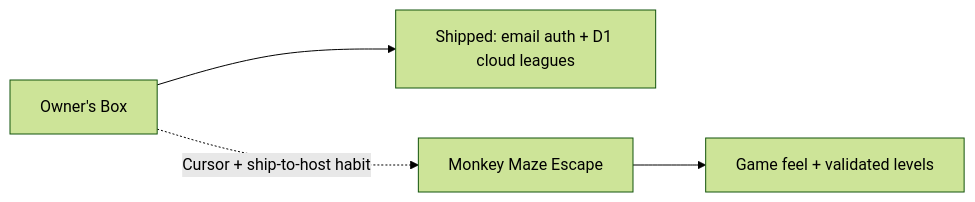
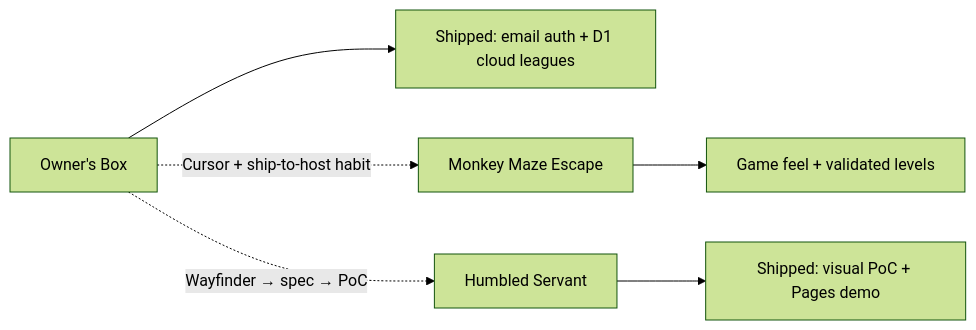
One commit to KxngAshby/Side-Projects-Portfolio changed the diagram in README.md. Above: the diagram before and after it, drawn with Mermaid (forest theme). The commit also changed other lines of this file and 1 other file, not shown here.

Commit message:
Add Humbled Servant visual PoC to side-projects portfolio.

````diff
--- a/README.md
+++ b/README.md
@@ -25,6 +25,8 @@
 ```mermaid
 flowchart LR
     OB["Owner's Box"] --> Cloud["Shipped: email auth + D1 cloud leagues"]
     Maze["Monkey Maze Escape"] --> Juice["Game feel + validated levels"]
+    HS["Humbled Servant"] --> PoC["Shipped: visual PoC + Pages demo"]
     OB -.->|"Cursor + ship-to-host habit"| Maze
+    OB -.->|"Wayfinder → spec → PoC"| HS
 ```
````
